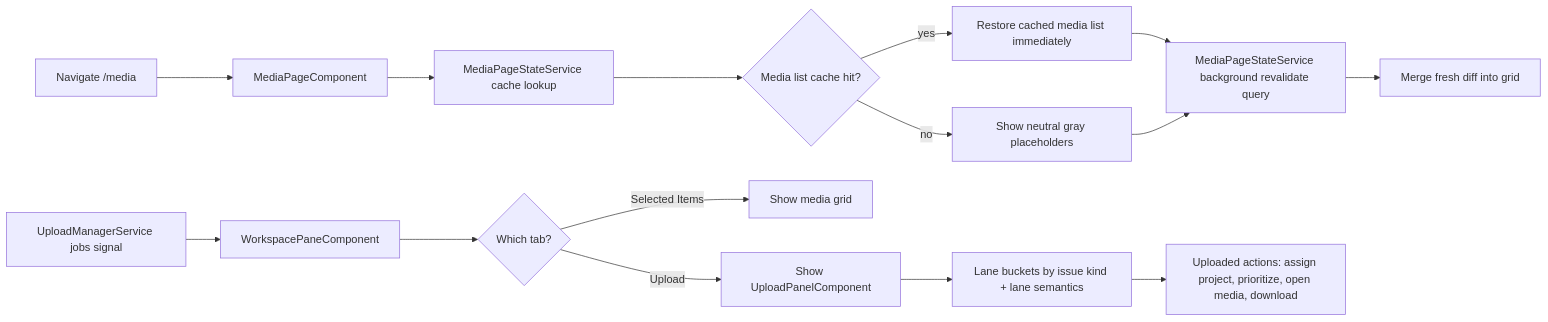
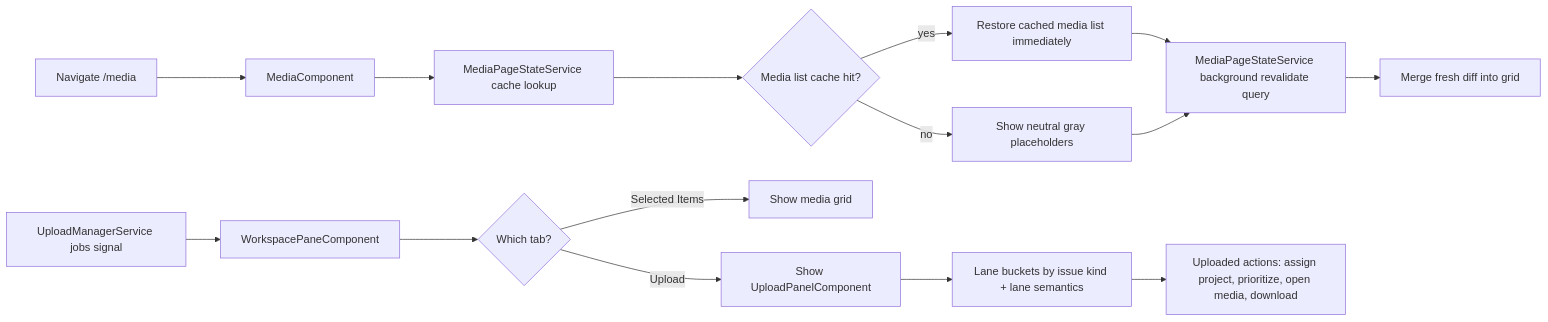
The first of 3 diagrams in docs/specs/page/media-page.md (matkleve/feldpost), drawn with Mermaid before and after one commit. The commit also changed other lines of this file and 5 other files, not shown here.

First line of the commit message:
Refactor media component architecture and error handling

````diff
--- a/docs/specs/page/media-page.md
+++ b/docs/specs/page/media-page.md
@@ -166,18 +165,18 @@
 ```mermaid
 flowchart LR
-    A["Navigate /media"] --> B["MediaPageComponent"]
+    A["Navigate /media"] --> B["MediaComponent"]
     B --> C["MediaPageStateService cache lookup"]
     C --> D{"Media list cache hit?"}
     D -->|yes| E["Restore cached media list immediately"]
     D -->|no| F["Show neutral gray placeholders"]
     E --> G["MediaPageStateService background revalidate query"]
     F --> G
     G --> H["Merge fresh diff into grid"]
 
     I["UploadManagerService jobs signal"] --> J["WorkspacePaneComponent"]
     J --> K{"Which tab?"}
     K -->|Selected Items| L["Show media grid"]
     K -->|Upload| M["Show UploadPanelComponent"]
     M --> N["Lane buckets by issue kind + lane semantics"]
     N --> O["Uploaded actions: assign project, prioritize, open media, download"]
 ```
````
